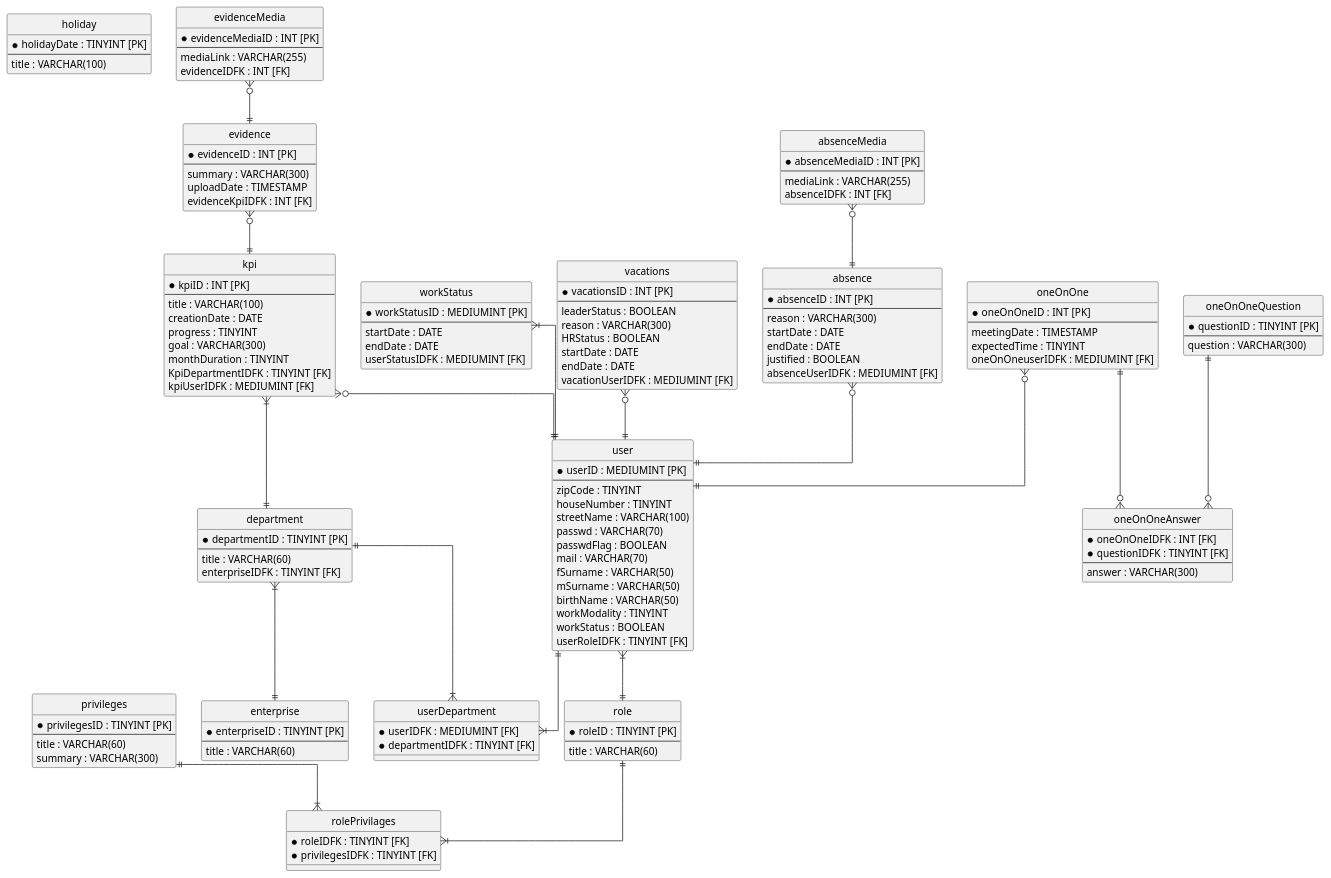
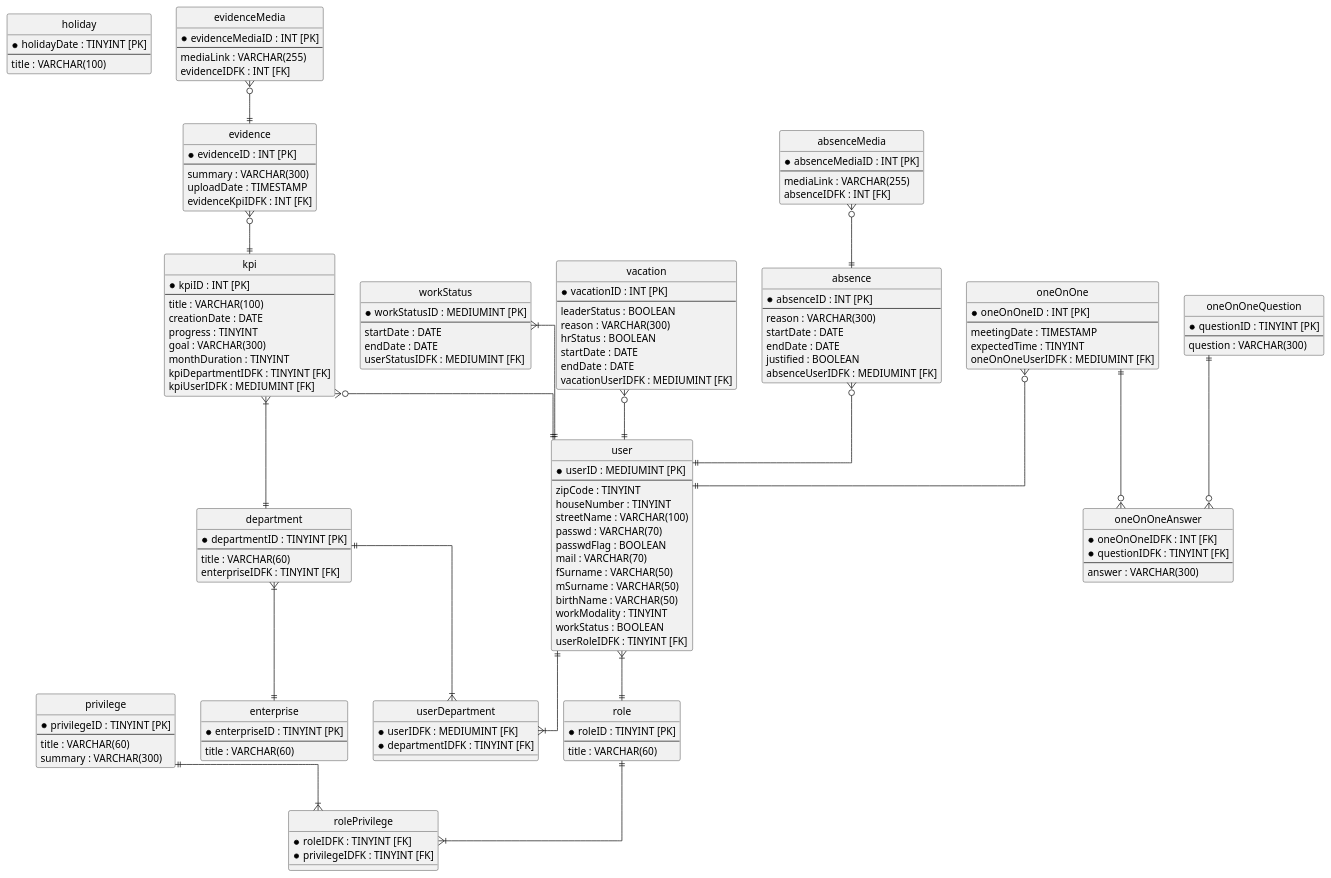
The diagram in diagrams/MR codigo.puml (EdCanCe/WorkCells), drawn with PlantUML before and after one commit. The commit also changed 1 other file, not shown here.

```diff
--- a/diagrams/MR codigo.puml
+++ b/diagrams/MR codigo.puml
@@ -1,167 +1,167 @@
 @startuml MR
 
 hide circle
 skinparam linetype ortho
 
 entity holiday {
     * holidayDate : TINYINT [PK]
     --
     title : VARCHAR(100)
 }
 
-entity privileges {
-    * privilegesID : TINYINT [PK]
+entity privilege {
+    * privilegeID : TINYINT [PK]
     --
     title : VARCHAR(60)
     summary : VARCHAR(300)
 }
 
 entity role {
     * roleID : TINYINT [PK]
     --
     title : VARCHAR(60)
 }
 
-entity rolePrivilages {
+entity rolePrivilege {
     * roleIDFK : TINYINT [FK]
-    * privilegesIDFK : TINYINT [FK]
+    * privilegeIDFK : TINYINT [FK]
 }
 
 entity user {
     * userID : MEDIUMINT [PK]
     --
     zipCode : TINYINT
     houseNumber : TINYINT
     streetName : VARCHAR(100)
     passwd : VARCHAR(70)
     passwdFlag : BOOLEAN
     mail : VARCHAR(70)
     fSurname : VARCHAR(50)
     mSurname : VARCHAR(50)
     birthName : VARCHAR(50)
     workModality : TINYINT
     workStatus : BOOLEAN
     userRoleIDFK : TINYINT [FK]
 }
 
 entity workStatus {
     * workStatusID : MEDIUMINT [PK]
     --
     startDate : DATE
     endDate : DATE
     userStatusIDFK : MEDIUMINT [FK]
 }
 
 entity enterprise {
     * enterpriseID : TINYINT [PK]
     --
     title : VARCHAR(60)
 }
 
 entity department {
     * departmentID : TINYINT [PK]
     --
     title : VARCHAR(60)
     enterpriseIDFK : TINYINT [FK]
 }
 
 entity userDepartment {
     * userIDFK : MEDIUMINT [FK]
     * departmentIDFK : TINYINT [FK]
 }
 
 entity kpi {
     * kpiID : INT [PK]
     --
     title : VARCHAR(100)
     creationDate : DATE
     progress : TINYINT
     goal : VARCHAR(300)
     monthDuration : TINYINT
-    KpiDepartmentIDFK : TINYINT [FK]
+    kpiDepartmentIDFK : TINYINT [FK]
     kpiUserIDFK : MEDIUMINT [FK]
 }
 
 entity evidence {
     * evidenceID : INT [PK]
     --
     summary : VARCHAR(300)
     uploadDate : TIMESTAMP
     evidenceKpiIDFK : INT [FK]
 }
 
 entity evidenceMedia {
     * evidenceMediaID : INT [PK]
     --
     mediaLink : VARCHAR(255)
     evidenceIDFK : INT [FK]
 }
 
-entity vacations {
-    * vacationsID : INT [PK]
+entity vacation {
+    * vacationID : INT [PK]
     --
     leaderStatus : BOOLEAN
     reason : VARCHAR(300)
-    HRStatus : BOOLEAN
+    hrStatus : BOOLEAN
     startDate : DATE
     endDate : DATE
     vacationUserIDFK : MEDIUMINT [FK]
 }
 
 entity absence {
     * absenceID : INT [PK]
     --
     reason : VARCHAR(300)
     startDate : DATE
     endDate : DATE
     justified : BOOLEAN
     absenceUserIDFK : MEDIUMINT [FK]
 }
 
 entity absenceMedia {
     * absenceMediaID : INT [PK]
     --
     mediaLink : VARCHAR(255)
     absenceIDFK : INT [FK]
 }
 
 entity oneOnOne {
     * oneOnOneID : INT [PK]
     --
     meetingDate : TIMESTAMP
     expectedTime : TINYINT
-    oneOnOneuserIDFK : MEDIUMINT [FK]
+    oneOnOneUserIDFK : MEDIUMINT [FK]
 }
 
 entity oneOnOneQuestion {
     * questionID : TINYINT [PK]
     --
     question : VARCHAR(300)
 }
 
 entity oneOnOneAnswer {
     * oneOnOneIDFK : INT [FK]
     * questionIDFK : TINYINT [FK]
     --
     answer : VARCHAR(300)
 }
 
-role ||--|{ rolePrivilages
-privileges ||--|{ rolePrivilages
+role ||--|{ rolePrivilege
+privilege ||--|{ rolePrivilege
 user }|--|| role
 workStatus }|--|| user 
 department }|--|| enterprise
 user ||--|{ userDepartment
 department ||--|{ userDepartment
 kpi }|--|| department
 kpi }o--|| user
 evidence }o--|| kpi
 evidenceMedia }o--|| evidence
-vacations }o--|| user
+vacation }o--|| user
 absence }o--|| user
 absenceMedia }o--|| absence
 oneOnOne }o--|| user
 oneOnOne ||--o{ oneOnOneAnswer
 oneOnOneQuestion ||--o{ oneOnOneAnswer
 
 @enduml
```
